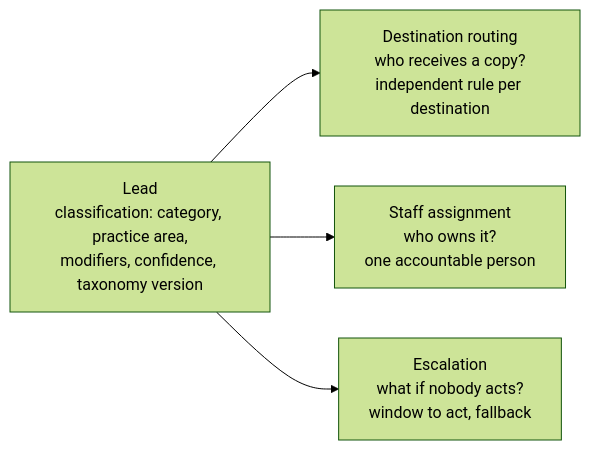
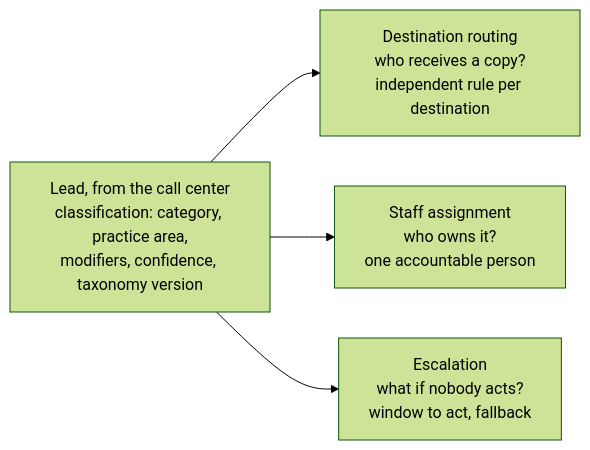
One commit to cthomas76c5h/leads-integration changed the diagram in docs/rfc/009_routing_by_category.md. Above: the diagram before and after it, drawn with Mermaid (forest theme). The commit also changed other lines of this file and 40 other files, not shown here.

````diff
--- a/docs/rfc/009_routing_by_category.md
+++ b/docs/rfc/009_routing_by_category.md
@@ -97,8 +101,8 @@
 ```mermaid
 flowchart LR
-  L["Lead<br/>classification: category, practice area,<br/>modifiers, confidence, taxonomy version"]
+  L["Lead, from the call center<br/>classification: category, practice area,<br/>modifiers, confidence, taxonomy version"]
   R["Destination routing<br/>who receives a copy?<br/>independent rule per destination"]
   A["Staff assignment<br/>who owns it?<br/>one accountable person"]
   E["Escalation<br/>what if nobody acts?<br/>window to act, fallback"]
   L --> R & A & E
 ```
````
